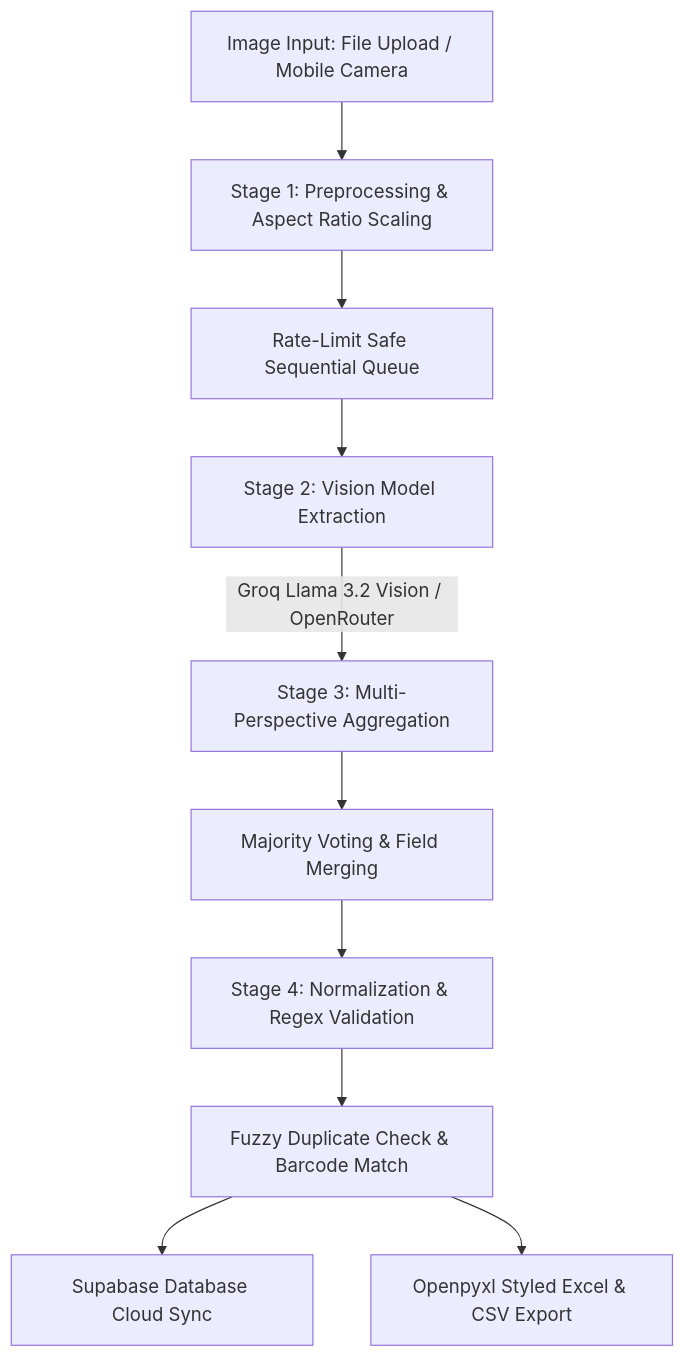
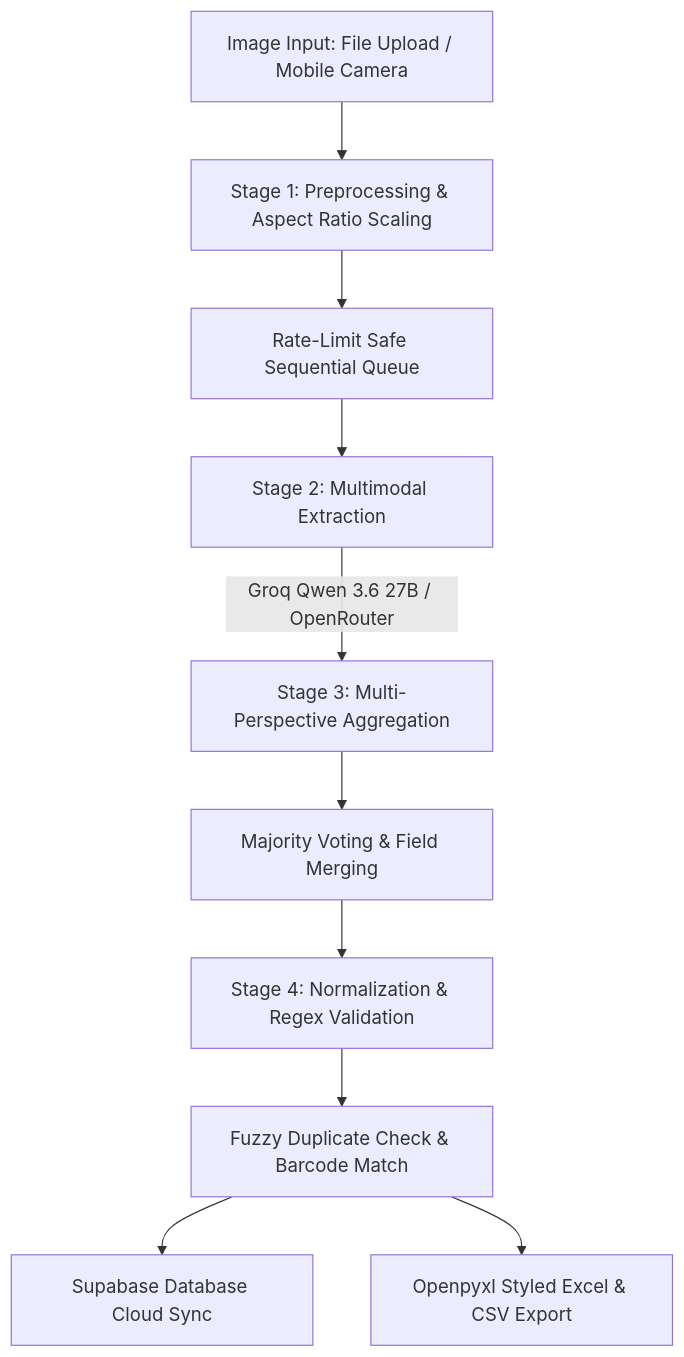
One commit to hendrix-llouchi/Vision-LM changed the diagram in README.md. Above: the diagram before and after it, drawn with Mermaid. The commit also changed other lines of this file, not shown here.

Commit message:
docs: update README with Groq Qwen 3.6 27B model info and pipeline details

````diff
--- a/README.md
+++ b/README.md
@@ -40,12 +40,12 @@
 ```mermaid
 graph TD
     A[Image Input: File Upload / Mobile Camera] --> B[Stage 1: Preprocessing & Aspect Ratio Scaling]
     B --> C[Rate-Limit Safe Sequential Queue]
-    C --> D[Stage 2: Vision Model Extraction]
-    D -->|Groq Llama 3.2 Vision / OpenRouter| E[Stage 3: Multi-Perspective Aggregation]
+    C --> D[Stage 2: Multimodal Extraction]
+    D -->|Groq Qwen 3.6 27B / OpenRouter| E[Stage 3: Multi-Perspective Aggregation]
     E --> F[Majority Voting & Field Merging]
     F --> G[Stage 4: Normalization & Regex Validation]
     G --> H[Fuzzy Duplicate Check & Barcode Match]
     H --> I[Supabase Database Cloud Sync]
     H --> J[Openpyxl Styled Excel & CSV Export]
 ```
````
